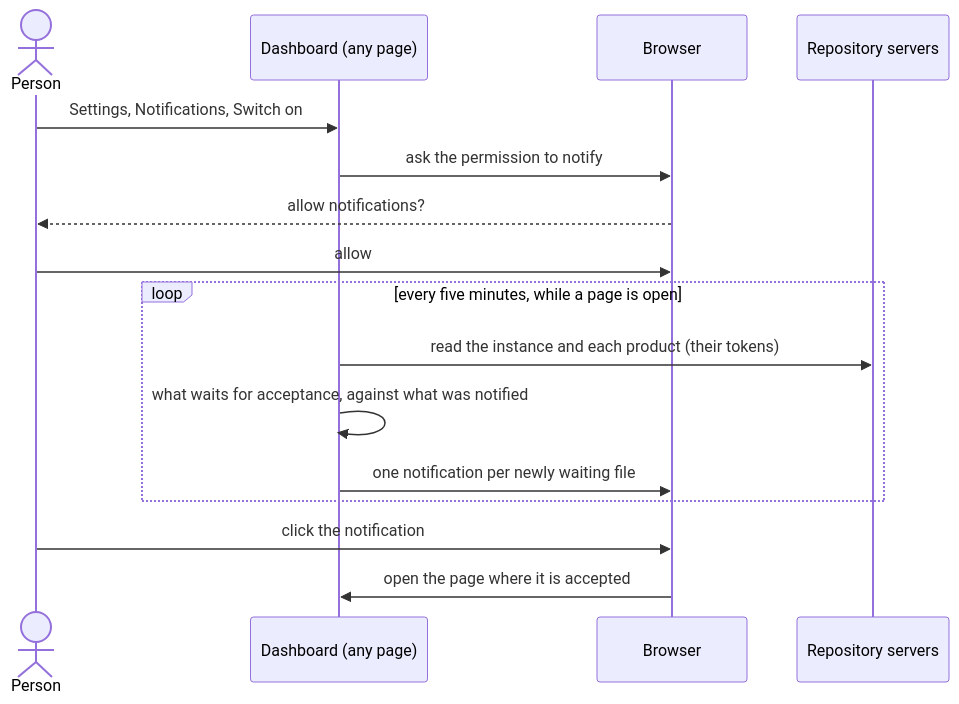
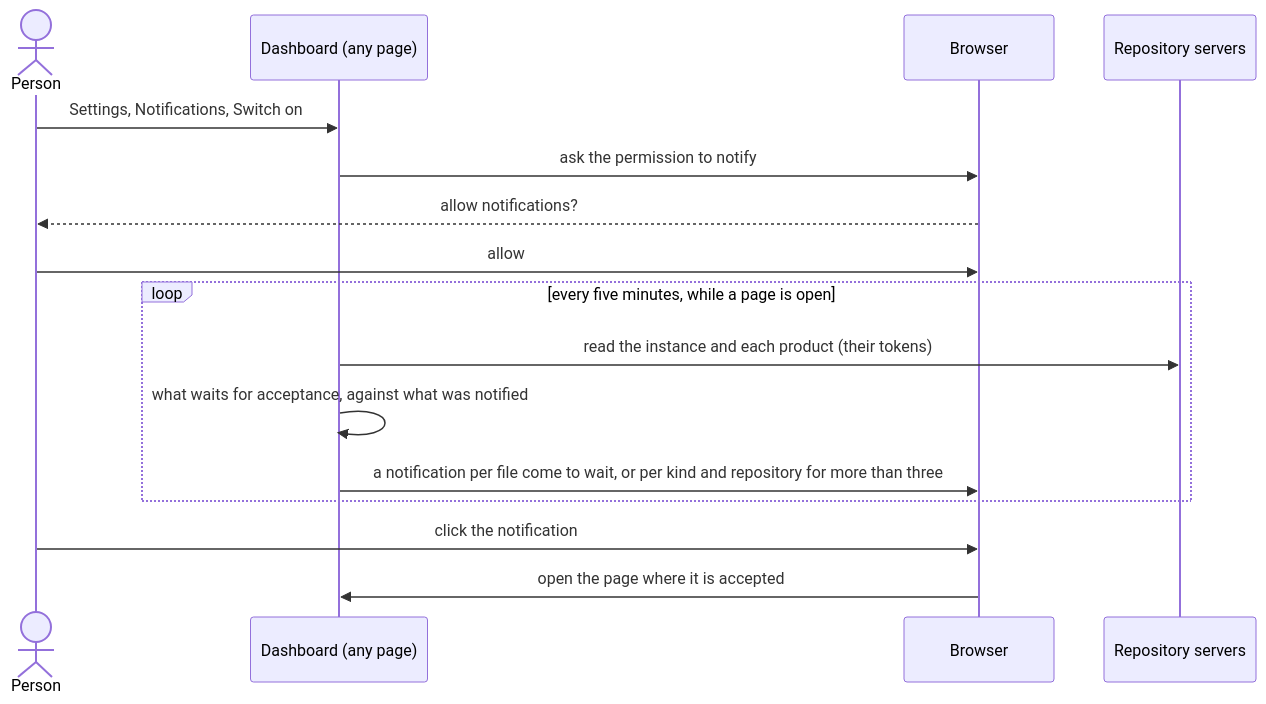
Before and after one commit to akmaier/agent-m: the diagram in docs/use-cases/UC-047-be-told-what-waits-for-your-acceptance.md, drawn with Mermaid. The commit also changed other lines of this file and 1 other file, not shown here.

First line of the commit message:
docs: UC-047 — where a notification leads, the first check, release test reports, a click not passed on — open for review

````diff
--- a/docs/use-cases/UC-047-be-told-what-waits-for-your-acceptance.md
+++ b/docs/use-cases/UC-047-be-told-what-waits-for-your-acceptance.md
@@ -54,18 +61,18 @@
 ```mermaid
 sequenceDiagram
     actor P as Person
     participant D as Dashboard (any page)
     participant B as Browser
     participant S as Repository servers
     P->>D: Settings, Notifications, Switch on
     D->>B: ask the permission to notify
     B-->>P: allow notifications?
     P->>B: allow
     loop every five minutes, while a page is open
         D->>S: read the instance and each product (their tokens)
         D->>D: what waits for acceptance, against what was notified
-        D->>B: one notification per newly waiting file
+        D->>B: a notification per file come to wait, or per kind and repository for more than three
     end
     P->>B: click the notification
     B->>D: open the page where it is accepted
 ```
````
